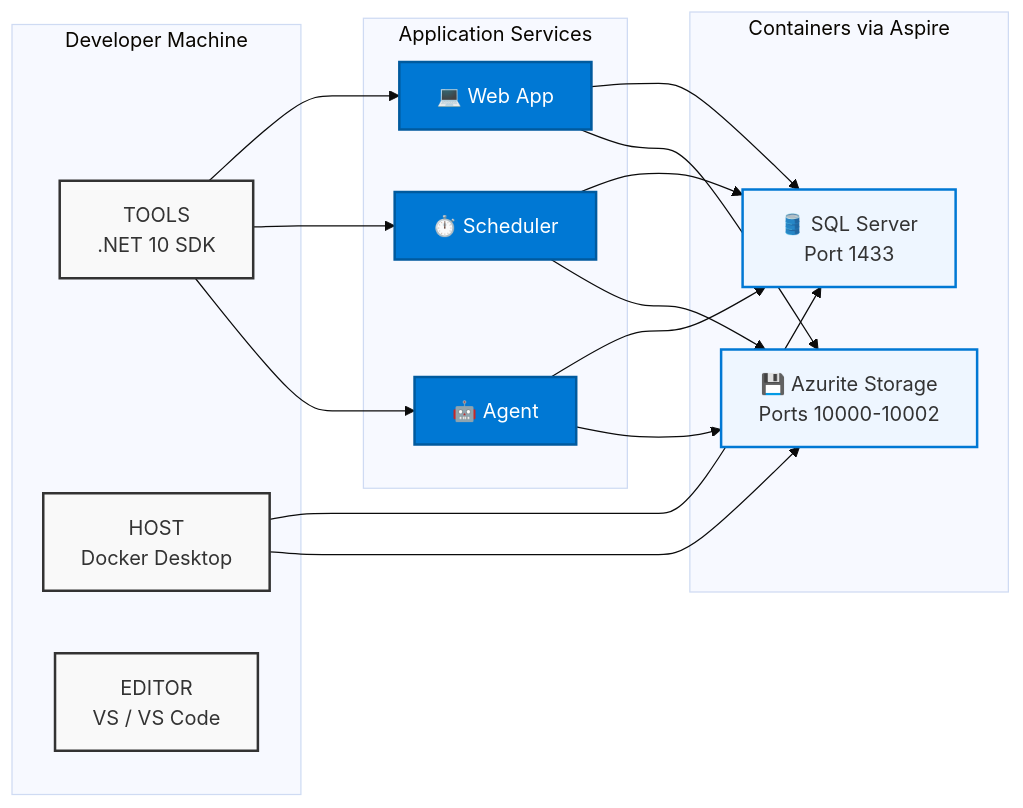
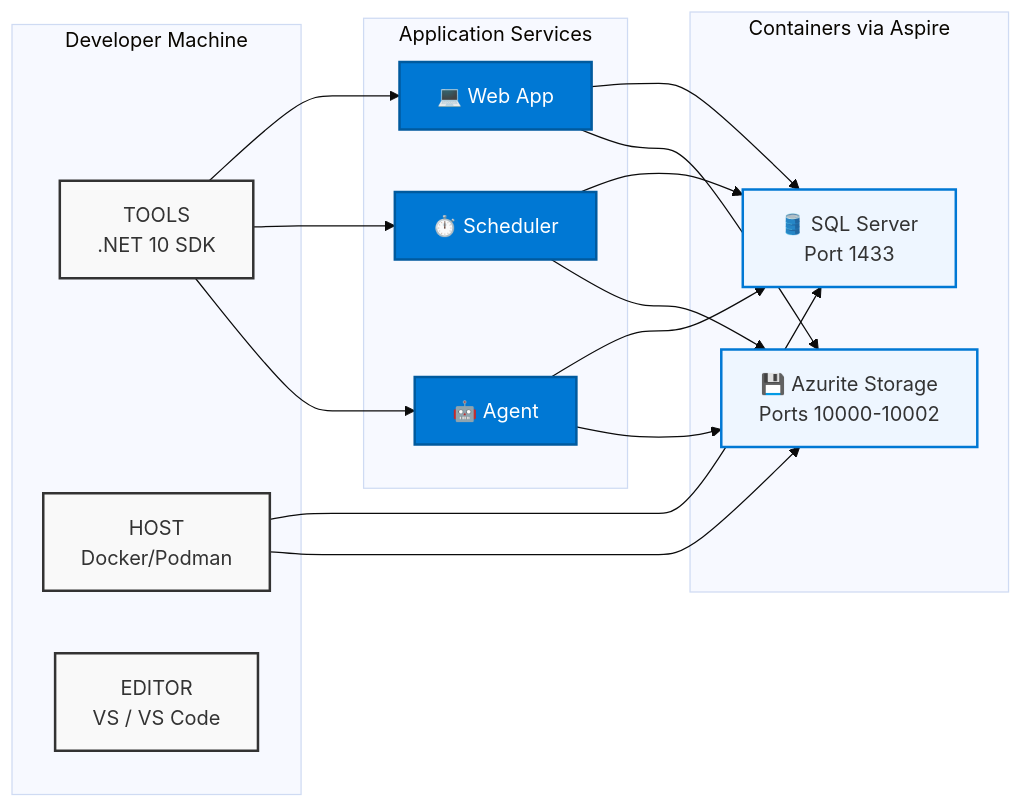
Before and after one commit to Blazor-Data-Orchestrator/BlazorDataOrchestrator: the diagram in wiki-content/Requirements.md, drawn with Mermaid (base theme). The commit also changed other lines of this file and 4 other files, not shown here.

````diff
--- a/wiki-content/Requirements.md
+++ b/wiki-content/Requirements.md
@@ -78,30 +70,30 @@
 ```mermaid
 graph LR
     %% Styling
     classDef dev fill:#f9f9f9,stroke:#333,stroke-width:2px;
     classDef container fill:#eef6ff,stroke:#0078d4,stroke-width:2px;
     classDef app fill:#0078d4,stroke:#005a9e,stroke-width:2px,color:#fff;
 
     subgraph "Developer Machine"
         SDK[TOOLS<br/>.NET 10 SDK]:::dev
-        DOCKER[HOST<br/>Docker Desktop]:::dev
+        DOCKER[HOST<br/>Docker/Podman]:::dev
         IDE[EDITOR<br/>VS / VS Code]:::dev
     end
 
     subgraph "Containers via Aspire"
         SQLC[🛢️ SQL Server<br/>Port 1433]:::container
         AZURITE[💾 Azurite Storage<br/>Ports 10000-10002]:::container
     end
 
     subgraph "Application Services"
         WEB[💻 Web App]:::app
         SCHED[⏱️ Scheduler]:::app
         AGENT[🤖 Agent]:::app
     end
 
     SDK --> WEB & SCHED & AGENT
     DOCKER --> SQLC & AZURITE
     WEB --> SQLC & AZURITE
     SCHED --> SQLC & AZURITE
     AGENT --> SQLC & AZURITE
 ```
````
